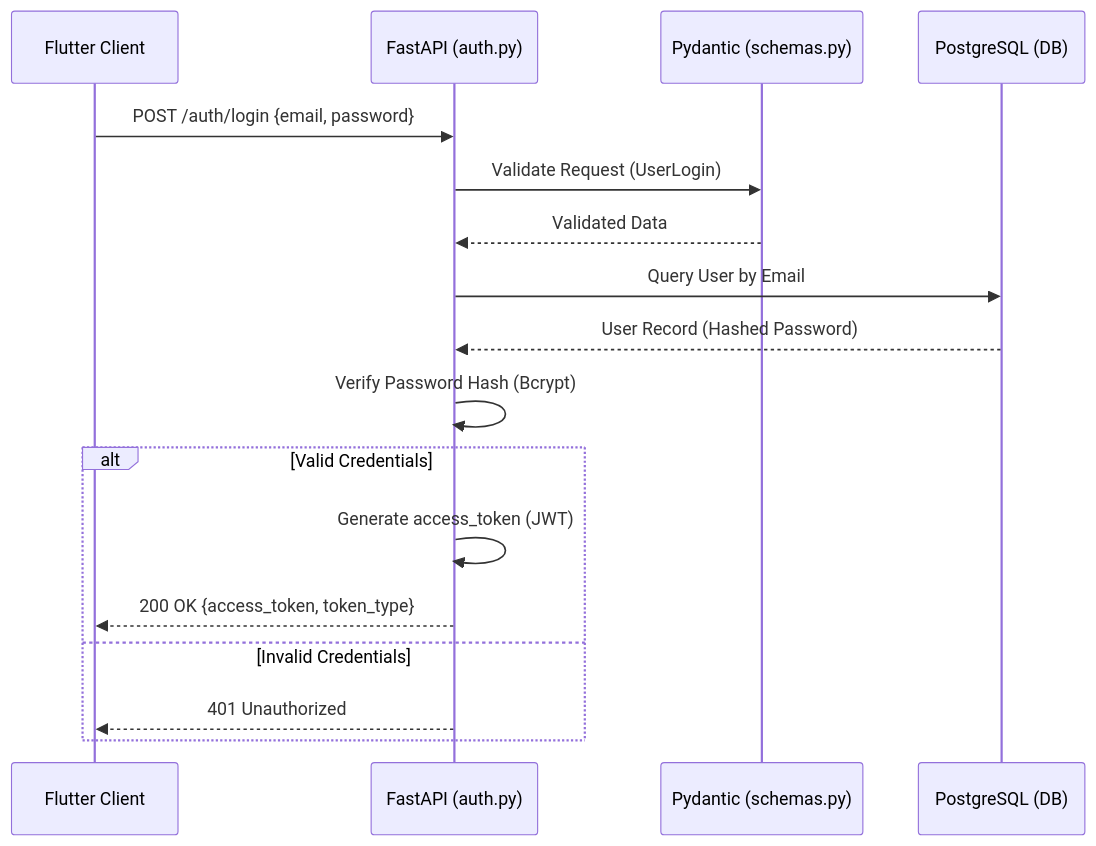
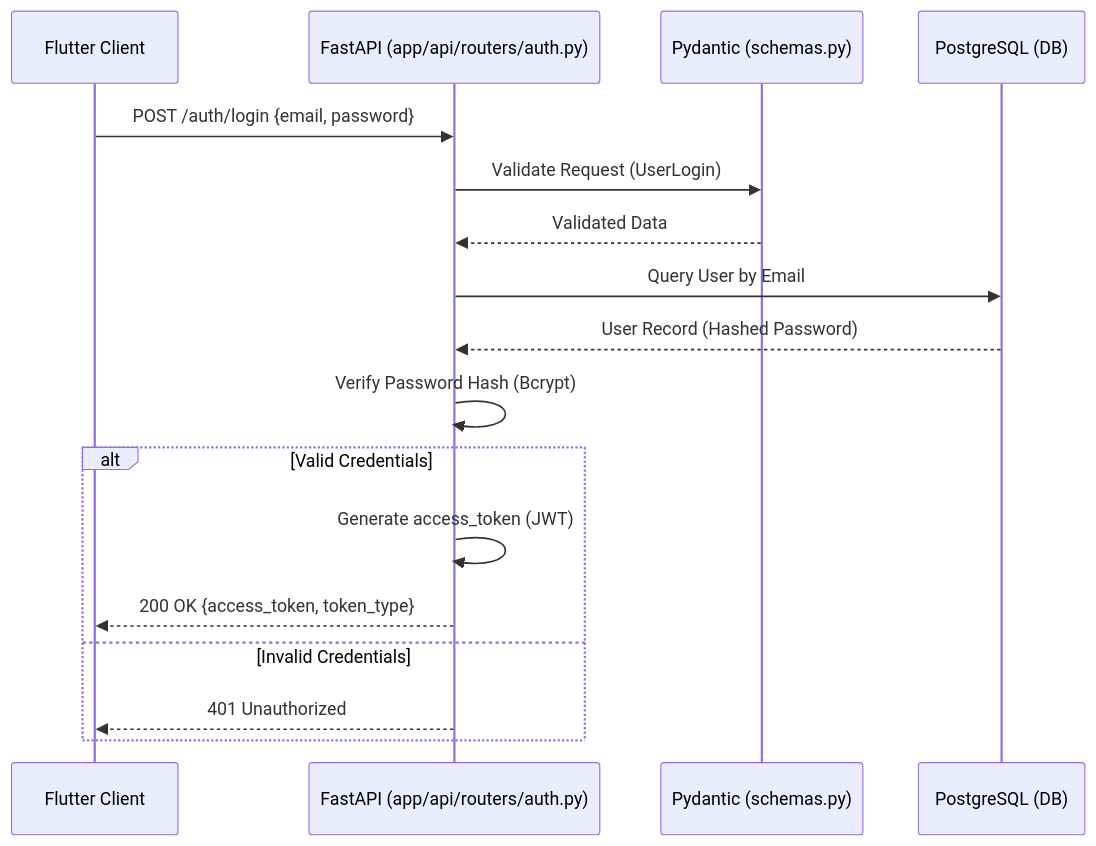
Before and after one commit to siddhant-debug/brain-dump: the second of 7 diagrams in documentation/backend/BACKEND.md, drawn with Mermaid. The commit also changed other lines of this file and 24 other files, not shown here.

````diff
--- a/documentation/backend/BACKEND.md
+++ b/documentation/backend/BACKEND.md
@@ -75,20 +75,20 @@
 ```mermaid
 sequenceDiagram
     participant User as Flutter Client
-    participant API as FastAPI (auth.py)
+    participant API as FastAPI (app/api/routers/auth.py)
     participant Sec as Pydantic (schemas.py)
     participant DB as PostgreSQL (DB)
 
     User->>API: POST /auth/login {email, password}
     API->>Sec: Validate Request (UserLogin)
     Sec-->>API: Validated Data
     API->>DB: Query User by Email
     DB-->>API: User Record (Hashed Password)
     API->>API: Verify Password Hash (Bcrypt)
     alt Valid Credentials
         API->>API: Generate access_token (JWT)
         API-->>User: 200 OK {access_token, token_type}
     else Invalid Credentials
         API-->>User: 401 Unauthorized
     end
 ```
````
